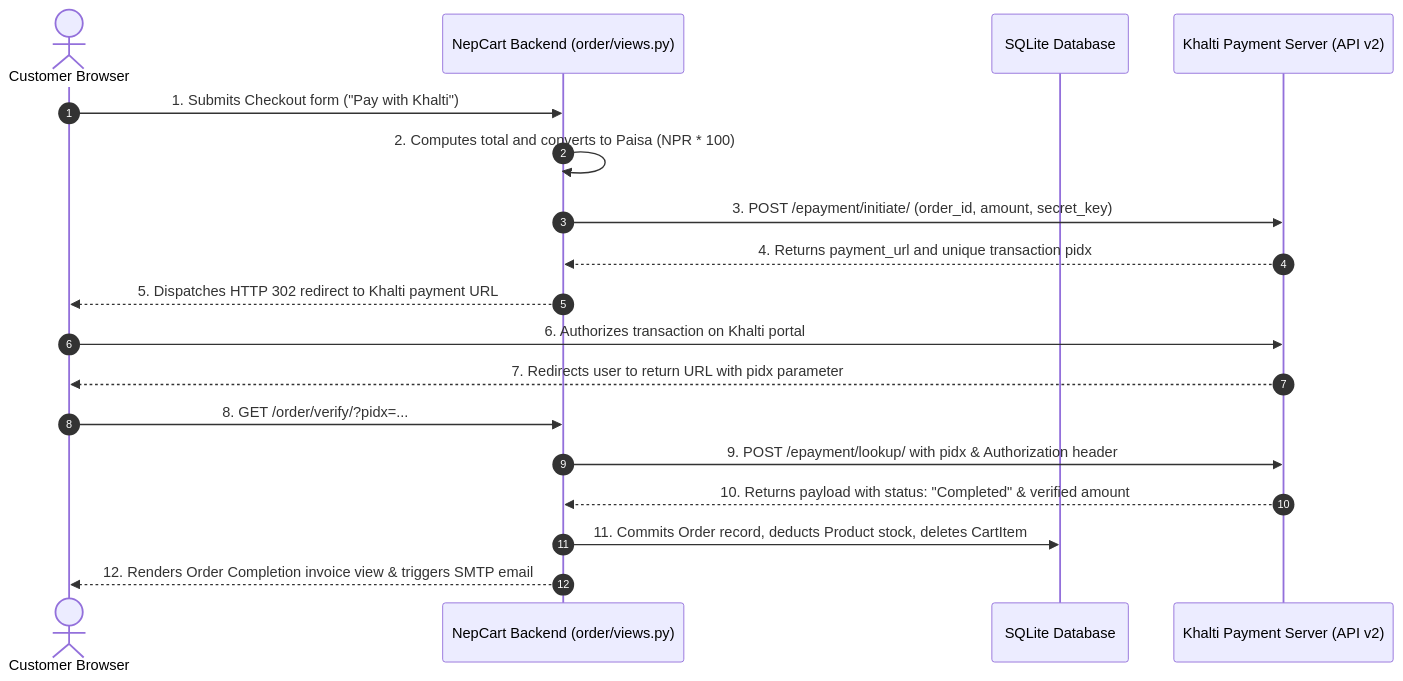
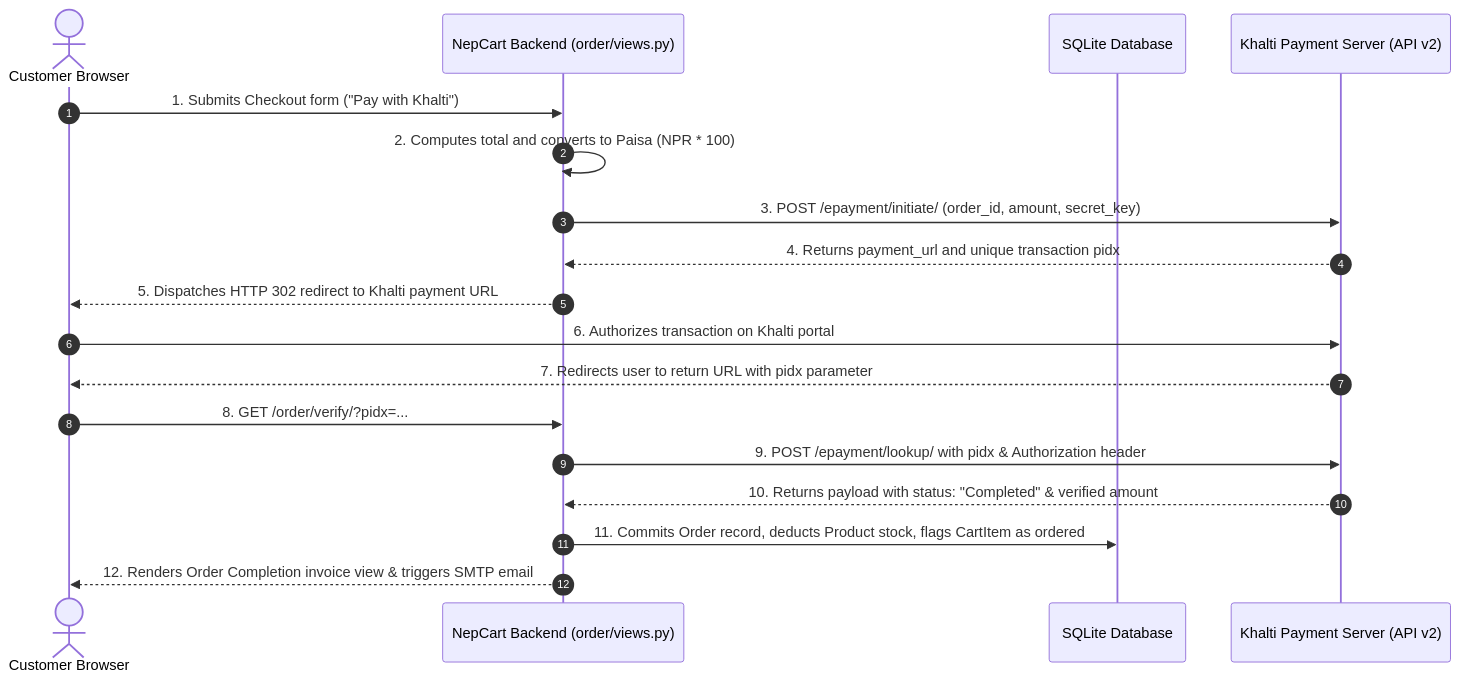
One commit to nirajan-khatiwada/NEPCART--Ecommerce changed the fourth of 4 diagrams in PRESENTATION_FLOW_FOR_EXTERNAL.md. Above: the diagram before and after it, drawn with Mermaid. The commit also changed other lines of this file and 33 other files, not shown here.

````diff
--- a/PRESENTATION_FLOW_FOR_EXTERNAL.md
+++ b/PRESENTATION_FLOW_FOR_EXTERNAL.md
@@ -286,21 +286,21 @@
 ```mermaid
 sequenceDiagram
     autonumber
     actor User as Customer Browser
     participant App as NepCart Backend (order/views.py)
     participant DB as SQLite Database
     participant Khalti as Khalti Payment Server (API v2)
 
     User->>App: 1. Submits Checkout form ("Pay with Khalti")
     App->>App: 2. Computes total and converts to Paisa (NPR * 100)
     App->>Khalti: 3. POST /epayment/initiate/ (order_id, amount, secret_key)
     Khalti-->>App: 4. Returns payment_url and unique transaction pidx
     App-->>User: 5. Dispatches HTTP 302 redirect to Khalti payment URL
     User->>Khalti: 6. Authorizes transaction on Khalti portal
     Khalti-->>User: 7. Redirects user to return URL with pidx parameter
     User->>App: 8. GET /order/verify/?pidx=...
     App->>Khalti: 9. POST /epayment/lookup/ with pidx & Authorization header
     Khalti-->>App: 10. Returns payload with status: "Completed" & verified amount
-    App->>DB: 11. Commits Order record, deducts Product stock, deletes CartItem
+    App->>DB: 11. Commits Order record, deducts Product stock, flags CartItem as ordered
     App-->>User: 12. Renders Order Completion invoice view & triggers SMTP email
 ```
````
